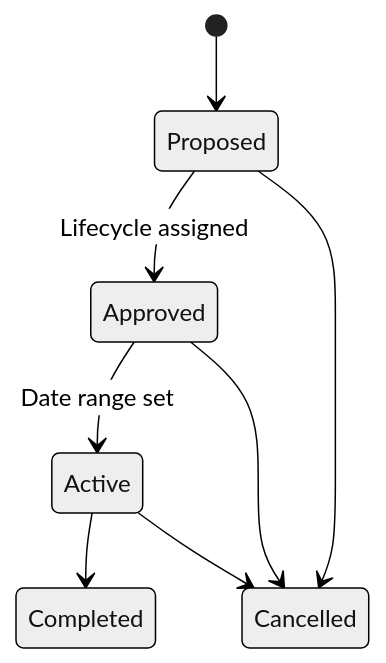
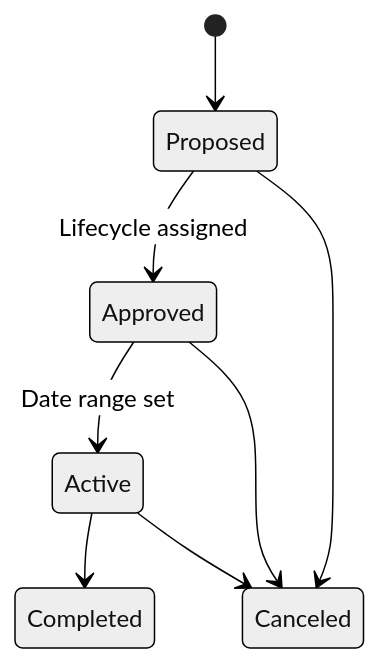
One commit to destacey/Wayd changed the first of 2 diagrams in docs/user-guide/ppm/projects.mdx. Above: the diagram before and after it, drawn with Mermaid (neutral theme). The commit also changed other lines of this file and 8 other files, not shown here.

First line of the commit message:
Standardize status spelling: "Cancelled" to "Canceled" across the docs

````diff
--- a/docs/user-guide/ppm/projects.mdx
+++ b/docs/user-guide/ppm/projects.mdx
@@ -38,10 +38,10 @@
 ```mermaid
 stateDiagram-v2
     [*] --> Proposed
     Proposed --> Approved : Lifecycle assigned
     Approved --> Active : Date range set
     Active --> Completed
-    Active --> Cancelled
-    Proposed --> Cancelled
-    Approved --> Cancelled
+    Active --> Canceled
+    Proposed --> Canceled
+    Approved --> Canceled
 ```
````
